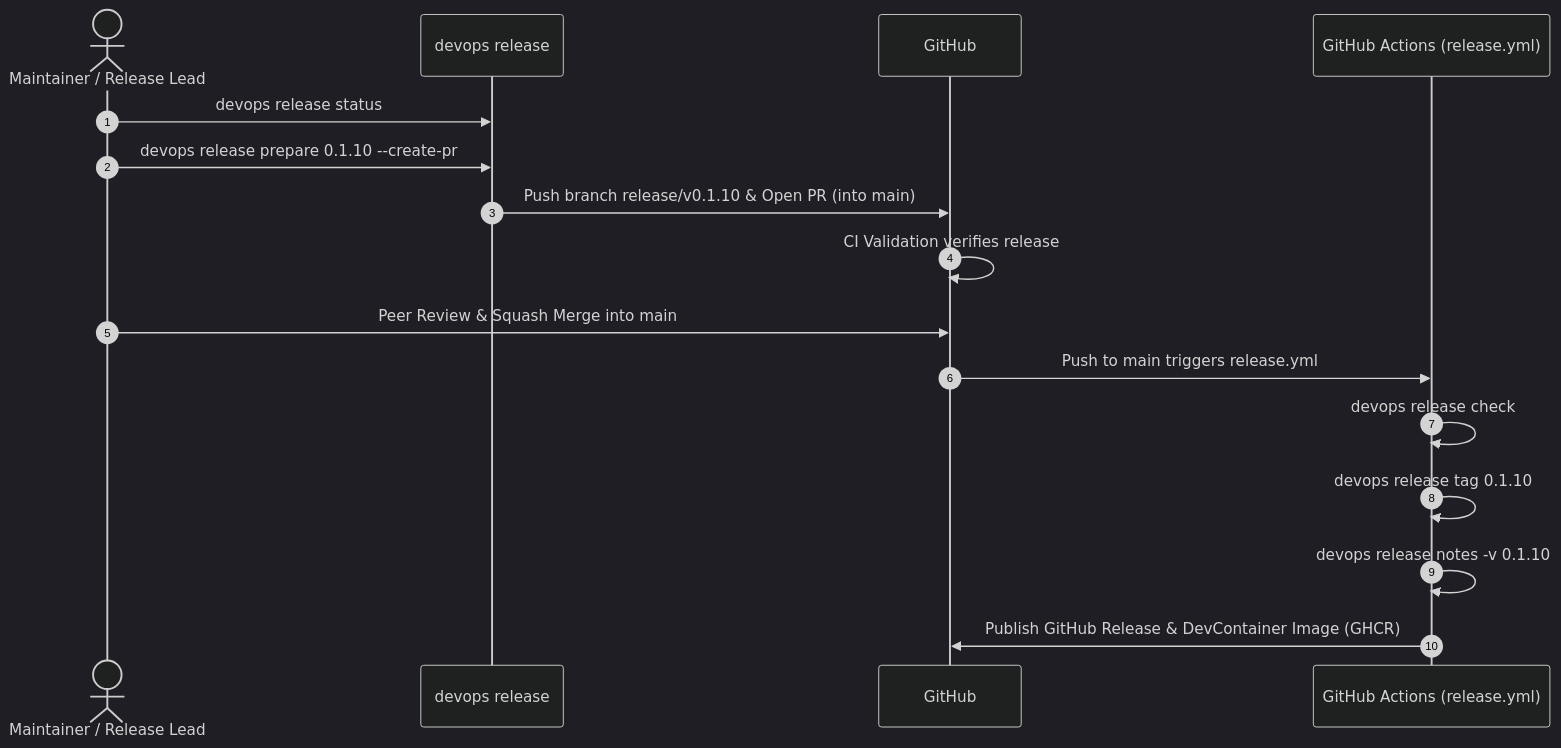
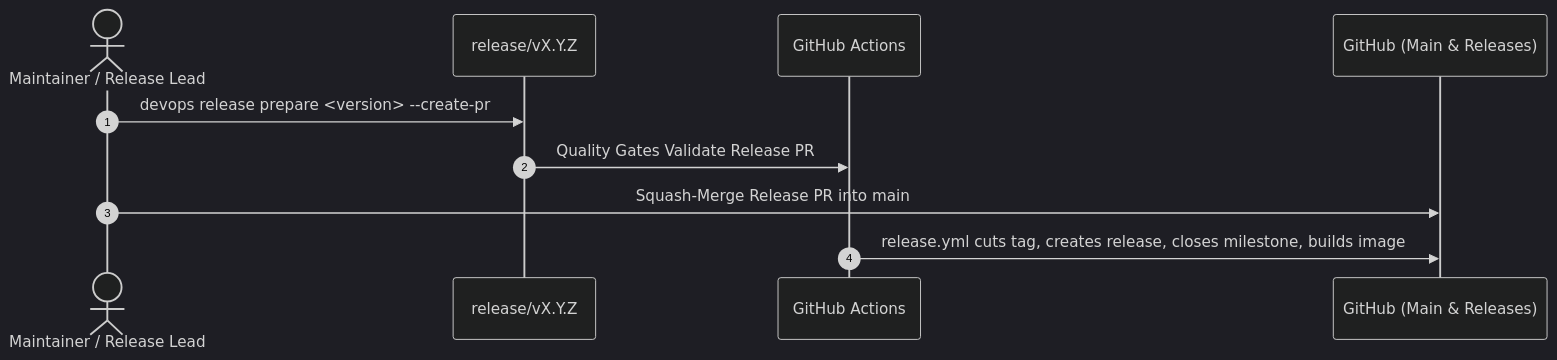
The third of 3 diagrams in docs/ROUTINE_TASKS.md (dan-petty/devops-cli), drawn with Mermaid (dark theme) before and after one commit. The commit also changed other lines of this file and 100 other files, not shown here.

````diff
--- a/docs/ROUTINE_TASKS.md
+++ b/docs/ROUTINE_TASKS.md
@@ -173,19 +181,13 @@
 ```mermaid
 sequenceDiagram
     autonumber
     actor Maintainer as Maintainer / Release Lead
-    participant CLI as devops release
-    participant Hub as GitHub
-    participant CI as GitHub Actions (release.yml)
+    participant Branch as release/vX.Y.Z
+    participant CI as GitHub Actions
+    participant Hub as GitHub (Main & Releases)
 
-    Maintainer->>CLI: devops release status
-    Maintainer->>CLI: devops release prepare 0.1.10 --create-pr
-    CLI->>Hub: Push branch release/v0.1.10 & Open PR (into main)
-    Hub->>Hub: CI Validation verifies release
-    Maintainer->>Hub: Peer Review & Squash Merge into main
-    Hub->>CI: Push to main triggers release.yml
-    CI->>CI: devops release check
-    CI->>CI: devops release tag 0.1.10
-    CI->>CI: devops release notes -v 0.1.10
-    CI->>Hub: Publish GitHub Release & DevContainer Image (GHCR)
+    Maintainer->>Branch: devops release prepare <version> --create-pr
+    Branch->>CI: Quality Gates Validate Release PR
+    Maintainer->>Hub: Squash-Merge Release PR into main
+    CI->>Hub: release.yml cuts tag, creates release, closes milestone, builds image
 ```
````
